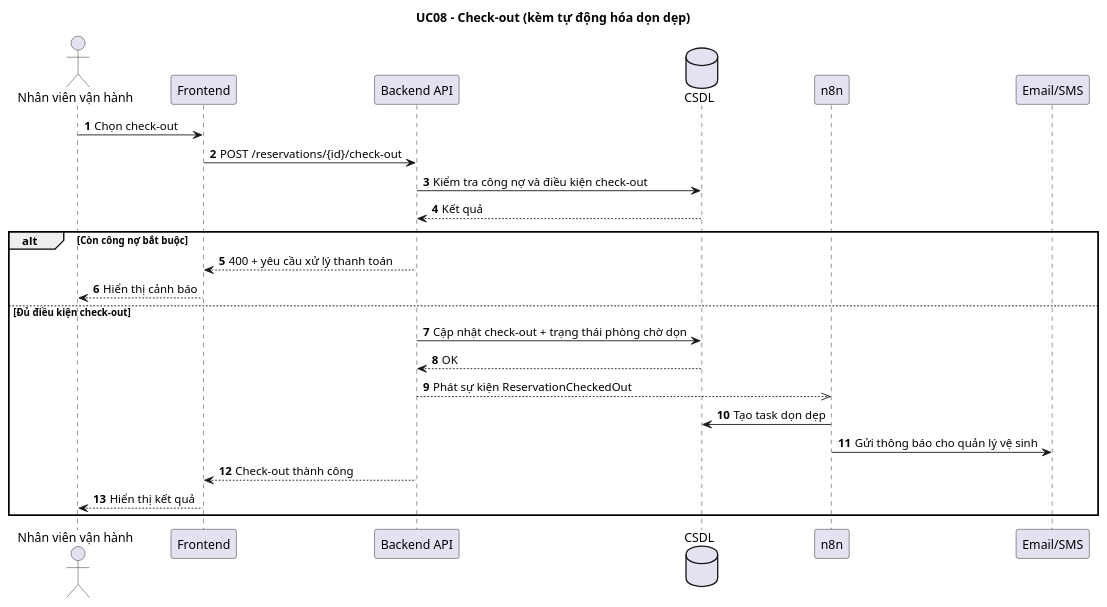
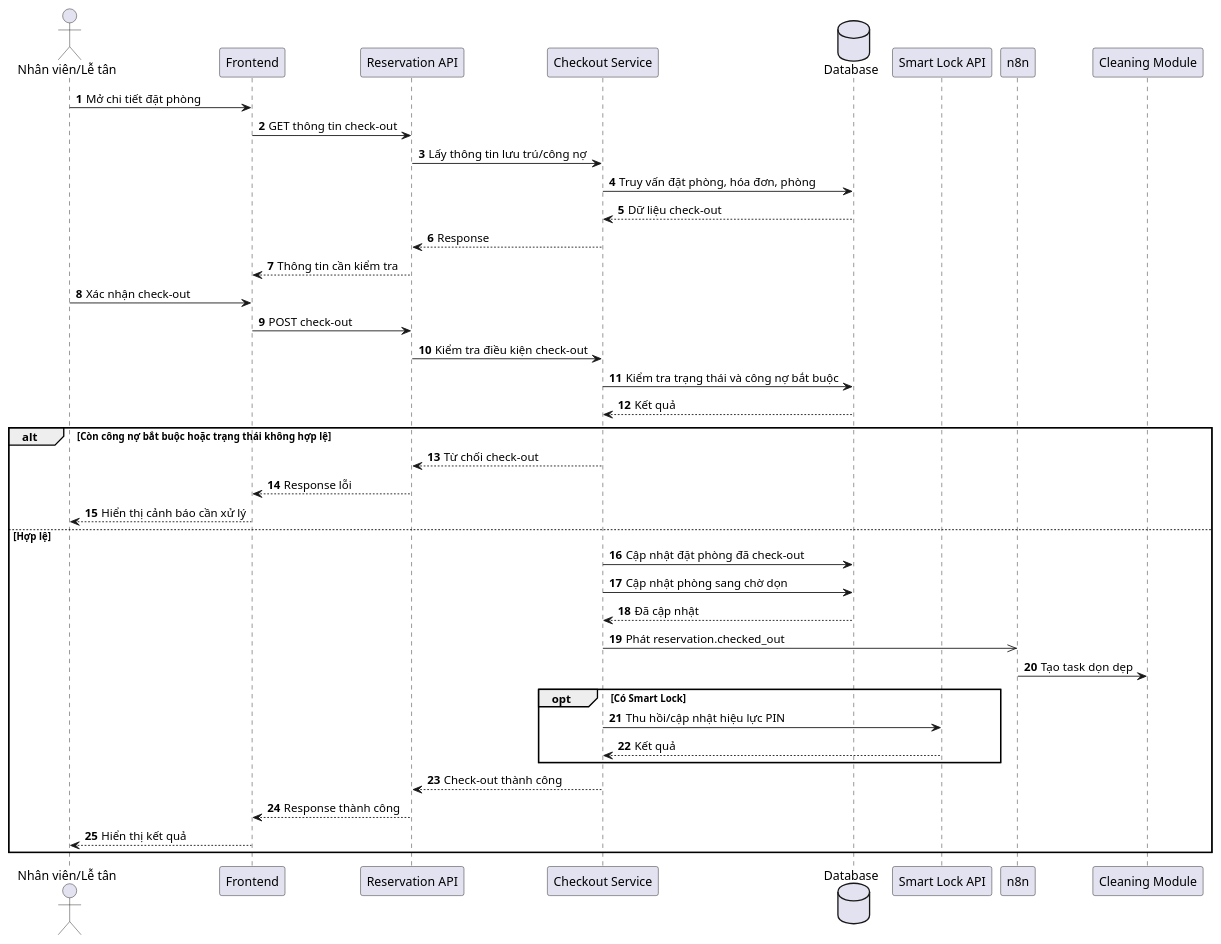
Before and after one commit to Dinhpham04/DA-KLTN_HOTEL_MANAGEMENT: the diagram in docs/sequence_diagram/uc08-checkout-cleaning-automation-sequence.puml, drawn with PlantUML. The commit also changed 92 other files, not shown here.

```diff
--- a/docs/sequence_diagram/uc08-checkout-cleaning-automation-sequence.puml
+++ b/docs/sequence_diagram/uc08-checkout-cleaning-automation-sequence.puml
@@ -1,30 +1,46 @@
 @startuml uc08_checkout_cleaning_automation_sequence
-title UC08 - Check-out (kèm tự động hóa dọn dẹp)
 autonumber
 
-actor "Nhân viên vận hành" as Staff
+actor "Nhân viên/Lễ tân" as Staff
 participant "Frontend" as FE
-participant "Backend API" as BE
-database "CSDL" as DB
+participant "Reservation API" as API
+participant "Checkout Service" as Svc
+database "Database" as DB
+participant "Smart Lock API" as Lock
 participant "n8n" as N8N
-participant "Email/SMS" as Notif
+participant "Cleaning Module" as Cleaning
 
-Staff -> FE: Chọn check-out
-FE -> BE: POST /reservations/{id}/check-out
-BE -> DB: Kiểm tra công nợ và điều kiện check-out
-DB --> BE: Kết quả
+Staff -> FE: Mở chi tiết đặt phòng
+FE -> API: GET thông tin check-out
+API -> Svc: Lấy thông tin lưu trú/công nợ
+Svc -> DB: Truy vấn đặt phòng, hóa đơn, phòng
+DB --> Svc: Dữ liệu check-out
+Svc --> API: Response
+API --> FE: Thông tin cần kiểm tra
 
-alt Còn công nợ bắt buộc
-  BE --> FE: 400 + yêu cầu xử lý thanh toán
-  FE --> Staff: Hiển thị cảnh báo
-else Đủ điều kiện check-out
-  BE -> DB: Cập nhật check-out + trạng thái phòng chờ dọn
-  DB --> BE: OK
-  BE -->> N8N: Phát sự kiện ReservationCheckedOut
-  N8N -> DB: Tạo task dọn dẹp
-  N8N -> Notif: Gửi thông báo cho quản lý vệ sinh
-  BE --> FE: Check-out thành công
+Staff -> FE: Xác nhận check-out
+FE -> API: POST check-out
+API -> Svc: Kiểm tra điều kiện check-out
+Svc -> DB: Kiểm tra trạng thái và công nợ bắt buộc
+DB --> Svc: Kết quả
+
+alt Còn công nợ bắt buộc hoặc trạng thái không hợp lệ
+  Svc --> API: Từ chối check-out
+  API --> FE: Response lỗi
+  FE --> Staff: Hiển thị cảnh báo cần xử lý
+else Hợp lệ
+  Svc -> DB: Cập nhật đặt phòng đã check-out
+  Svc -> DB: Cập nhật phòng sang chờ dọn
+  DB --> Svc: Đã cập nhật
+  Svc ->> N8N: Phát reservation.checked_out
+  N8N -> Cleaning: Tạo task dọn dẹp
+  opt Có Smart Lock
+    Svc -> Lock: Thu hồi/cập nhật hiệu lực PIN
+    Lock --> Svc: Kết quả
+  end
+  Svc --> API: Check-out thành công
+  API --> FE: Response thành công
   FE --> Staff: Hiển thị kết quả
 end
 
 @enduml
```
